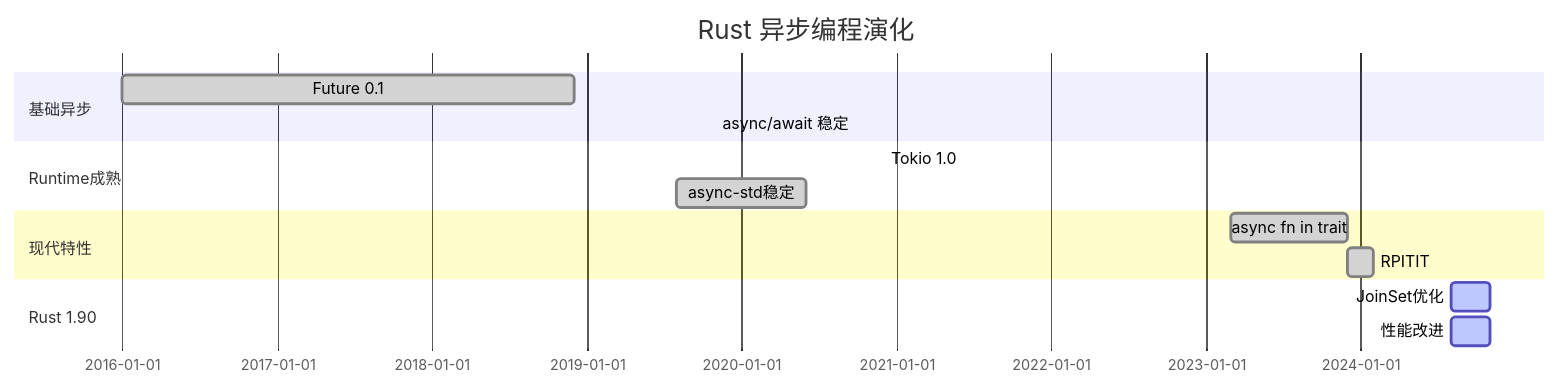
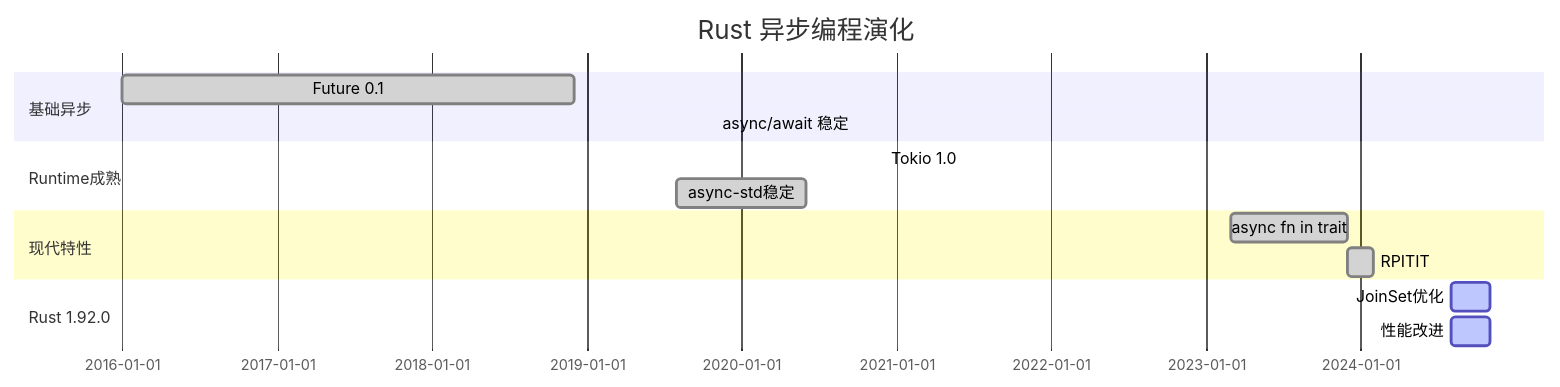
Before and after one commit to martin-ly/rust-lang: the fourth of 4 diagrams in crates/c06_async/docs/theory_enhanced/KNOWLEDGE_GRAPH_AND_CONCEPT_RELATIONS.md, drawn with Mermaid. The commit also changed other lines of this file and 290 other files, not shown here.

````diff
--- a/crates/c06_async/docs/theory_enhanced/KNOWLEDGE_GRAPH_AND_CONCEPT_RELATIONS.md
+++ b/crates/c06_async/docs/theory_enhanced/KNOWLEDGE_GRAPH_AND_CONCEPT_RELATIONS.md
@@ -148,21 +148,21 @@
 ```mermaid
 gantt
     title Rust 异步编程演化
     dateFormat YYYY-MM
 
     section 基础异步
     Future 0.1        :done, 2016-01, 2018-12
     async/await 稳定  :done, 2019-11, 2019-11
 
     section Runtime成熟
     Tokio 1.0         :done, 2020-12, 2020-12
     async-std稳定     :done, 2019-08, 2020-06
 
     section 现代特性
     async fn in trait :done, 2023-03, 2023-12
     RPITIT           :done, 2023-12, 2024-02
 
-    section Rust 1.90
+    section Rust 1.92.0
     JoinSet优化       :active, 2024-08, 2024-11
     性能改进          :active, 2024-08, 2024-11
 ```
````
